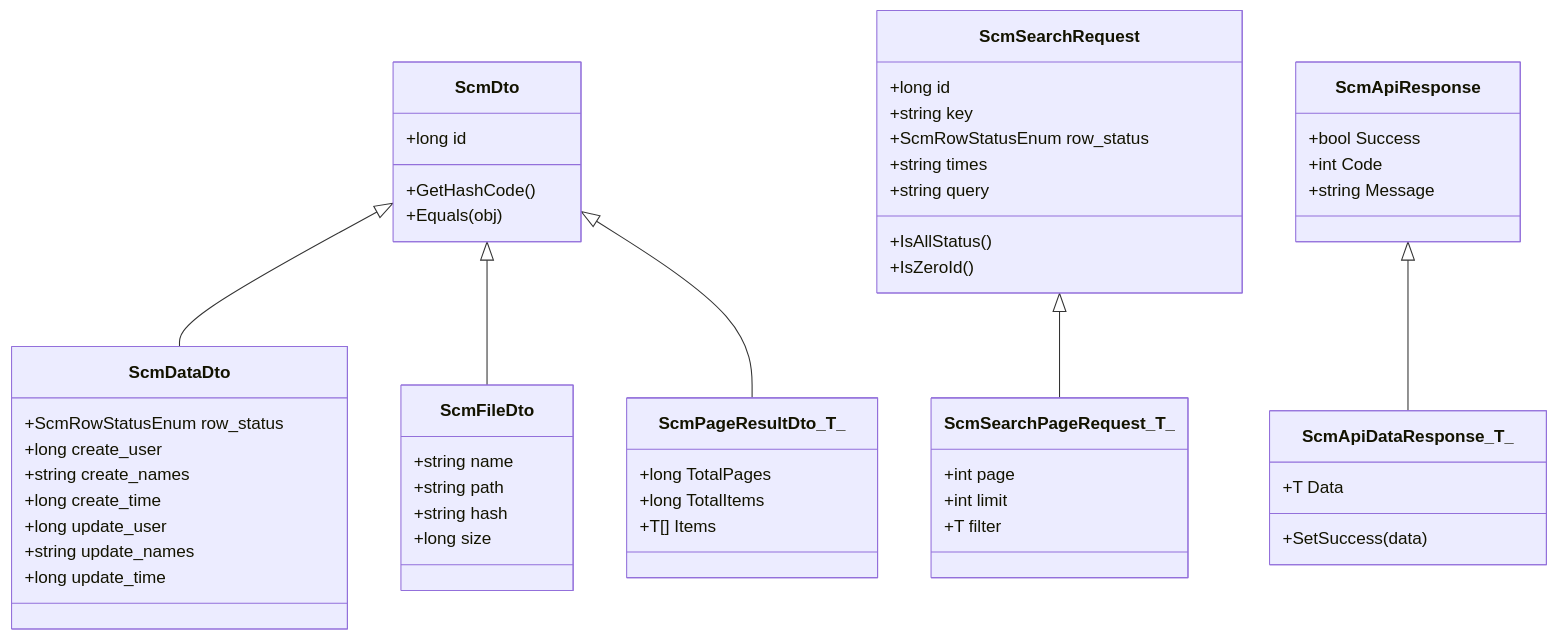
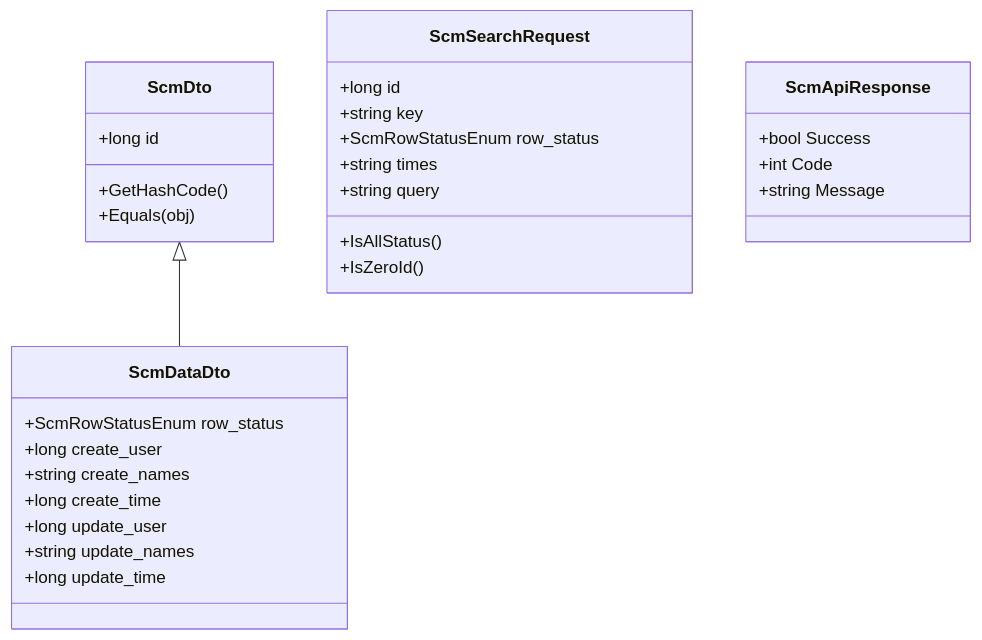
Before and after one commit to leadiot/Scm.Net: the second of 3 diagrams in .qoder/repowiki/zh/content/数据传输对象/数据传输对象.md, drawn with Mermaid. The commit also changed other lines of this file and 17 other files, not shown here.

````diff
--- a/.qoder/repowiki/zh/content/数据传输对象/数据传输对象.md
+++ b/.qoder/repowiki/zh/content/数据传输对象/数据传输对象.md
@@ -155,56 +109,32 @@
 ```mermaid
 classDiagram
 class ScmDto {
 +long id
 +GetHashCode()
 +Equals(obj)
 }
 class ScmDataDto {
 +ScmRowStatusEnum row_status
 +long create_user
 +string create_names
 +long create_time
 +long update_user
 +string update_names
 +long update_time
 }
-class ScmFileDto {
-+string name
-+string path
-+string hash
-+long size
-}
-class ScmPageResultDto_T_ {
-+long TotalPages
-+long TotalItems
-+T[] Items
-}
 class ScmSearchRequest {
 +long id
 +string key
 +ScmRowStatusEnum row_status
 +string times
 +string query
 +IsAllStatus()
 +IsZeroId()
 }
-class ScmSearchPageRequest_T_ {
-+int page
-+int limit
-+T filter
-}
 class ScmApiResponse {
 +bool Success
 +int Code
 +string Message
 }
-class ScmApiDataResponse_T_ {
-+T Data
-+SetSuccess(data)
-}
 ScmDto <|-- ScmDataDto
-ScmDto <|-- ScmFileDto
-ScmDto <|-- ScmPageResultDto_T_
-ScmSearchRequest <|-- ScmSearchPageRequest_T_
-ScmApiResponse <|-- ScmApiDataResponse_T_
 ```
````
